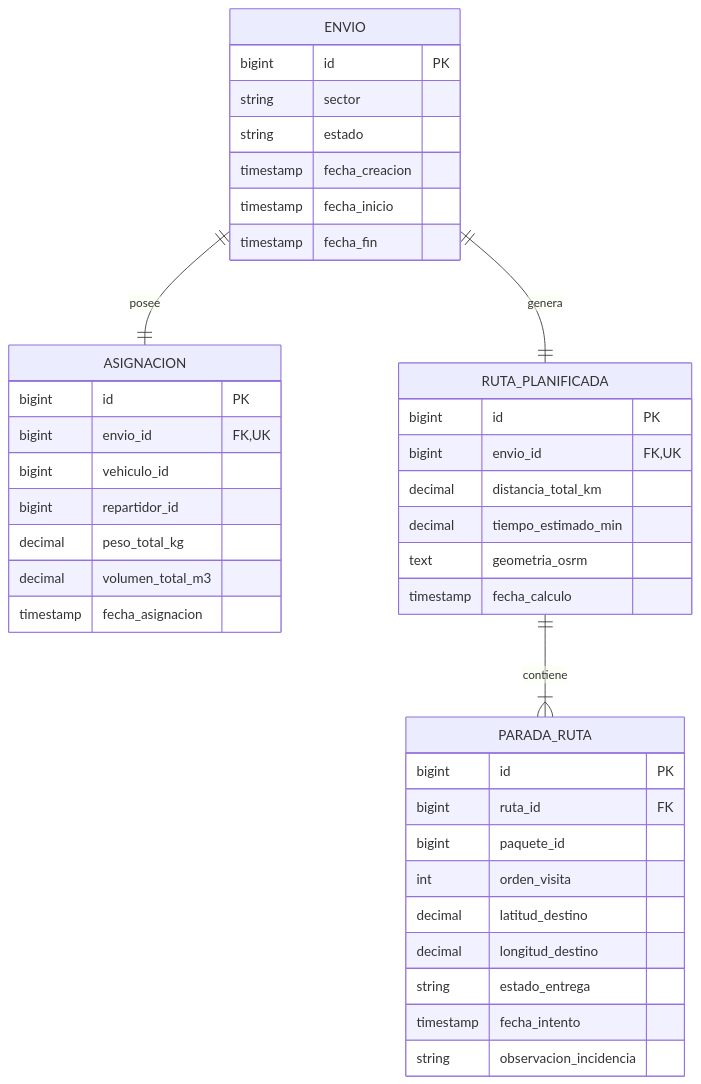
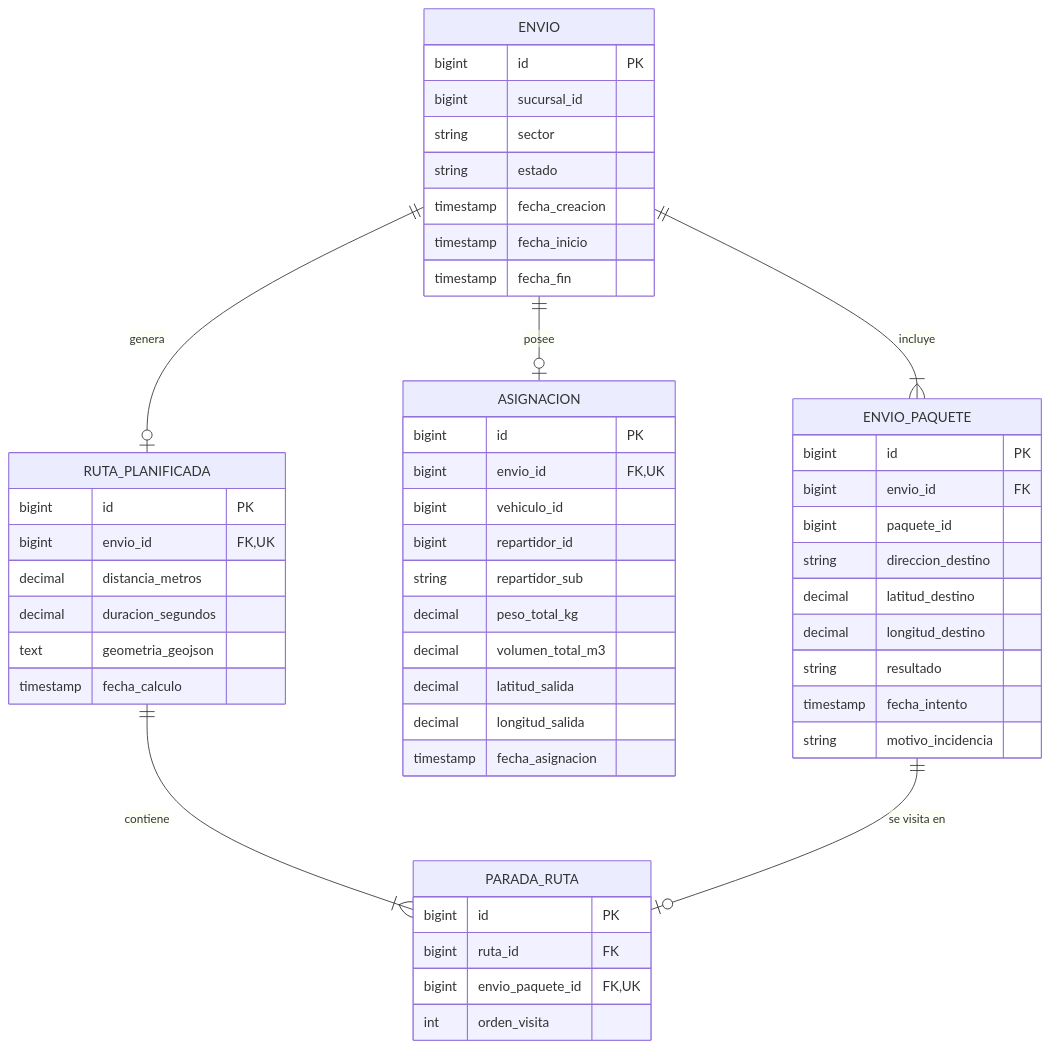
One commit to moyanoelena7/logisticaPaquetes changed the third of 3 diagrams in docs/DIAGRAMS.md. Above: the diagram before and after it, drawn with Mermaid. The commit also changed other lines of this file and 2 other files, not shown here.

````diff
--- a/docs/DIAGRAMS.md
+++ b/docs/DIAGRAMS.md
@@ -131,50 +112,63 @@
 ```mermaid
- erDiagram
-    ENVIO ||--|| ASIGNACION : "posee"
-    ENVIO ||--|| RUTA_PLANIFICADA : "genera"
+erDiagram
+    ENVIO ||--|{ ENVIO_PAQUETE : "incluye"
+    ENVIO ||--o| ASIGNACION : "posee"
+    ENVIO ||--o| RUTA_PLANIFICADA : "genera"
     RUTA_PLANIFICADA ||--|{ PARADA_RUTA : "contiene"
+    ENVIO_PAQUETE ||--o| PARADA_RUTA : "se visita en"
 
 
     ENVIO {
         bigint id PK
+        bigint sucursal_id
         string sector
         string estado
         timestamp fecha_creacion
         timestamp fecha_inicio
         timestamp fecha_fin
+    }
+
+    ENVIO_PAQUETE {
+        bigint id PK
+        bigint envio_id FK
+        bigint paquete_id
+        string direccion_destino
+        decimal latitud_destino
+        decimal longitud_destino
+        string resultado
+        timestamp fecha_intento
+        string motivo_incidencia
     }
 
 
     ASIGNACION {
         bigint id PK
         bigint envio_id FK, UK
         bigint vehiculo_id
         bigint repartidor_id
+        string repartidor_sub
         decimal peso_total_kg
         decimal volumen_total_m3
+        decimal latitud_salida
+        decimal longitud_salida
         timestamp fecha_asignacion
     }
 
 
     RUTA_PLANIFICADA {
         bigint id PK
         bigint envio_id FK, UK
-        decimal distancia_total_km
-        decimal tiempo_estimado_min
-        text geometria_osrm
+        decimal distancia_metros
+        decimal duracion_segundos
+        text geometria_geojson
         timestamp fecha_calculo
     }
 
 
     PARADA_RUTA {
         bigint id PK
         bigint ruta_id FK
-        bigint paquete_id
+        bigint envio_paquete_id FK, UK
         int orden_visita
-        decimal latitud_destino
-        decimal longitud_destino
-        string estado_entrega
-        timestamp fecha_intento
-        string observacion_incidencia
     }
 ```
````
